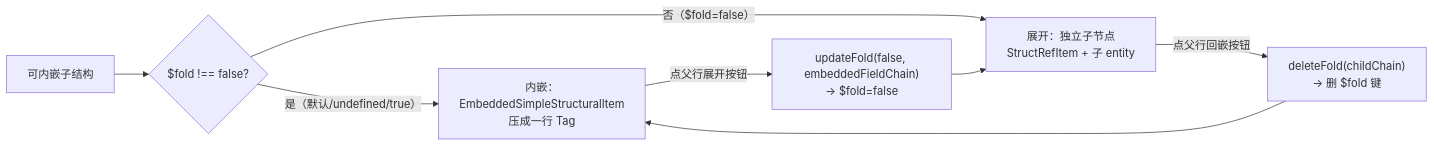
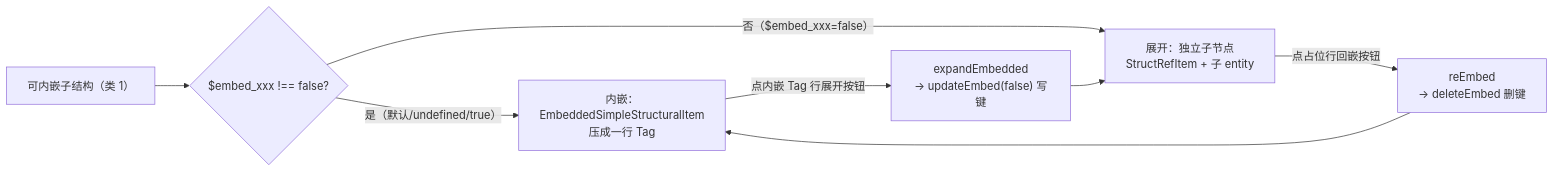
Before and after one commit to stallboy/cfggen: the diagram in cfgeditor/docs/07-embedding.md, drawn with Mermaid. The commit also changed other lines of this file and 19 other files, not shown here.

Commit message:
list 的embedding ok了，起名改为$embed_xxx代替原来的$fold_xxx

````diff
--- a/cfgeditor/docs/07-embedding.md
+++ b/cfgeditor/docs/07-embedding.md
@@ -105,10 +121,10 @@
 ```mermaid
 flowchart LR
-    A[可内嵌子结构] --> B{"$fold !== false?"}
+    A[可内嵌子结构（类 1）] --> B{"$embed_xxx !== false?"}
     B -- 是（默认/undefined/true） --> C[内嵌：EmbeddedSimpleStructuralItem<br/>压成一行 Tag]
-    B -- 否（$fold=false） --> D[展开：独立子节点<br/>StructRefItem + 子 entity]
-    C -- 点父行展开按钮 --> E["updateFold(false, embeddedFieldChain)<br/>→ $fold=false"]
+    B -- 否（$embed_xxx=false） --> D[展开：独立子节点<br/>StructRefItem + 子 entity]
+    C -- 点内嵌 Tag 行展开按钮 --> E["expandEmbedded<br/>→ updateEmbed(false) 写键"]
     E --> D
-    D -- 点父行回嵌按钮 --> F["deleteFold(childChain)<br/>→ 删 $fold 键"]
+    D -- 点占位行回嵌按钮 --> F["reEmbed<br/>→ deleteEmbed 删键"]
     F --> C
 ```
````
